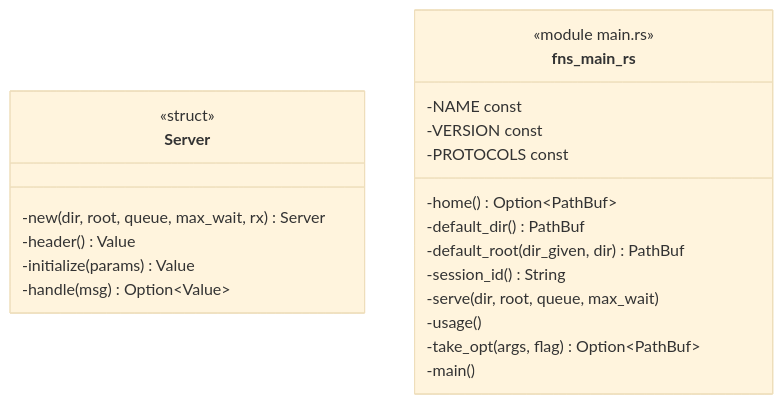
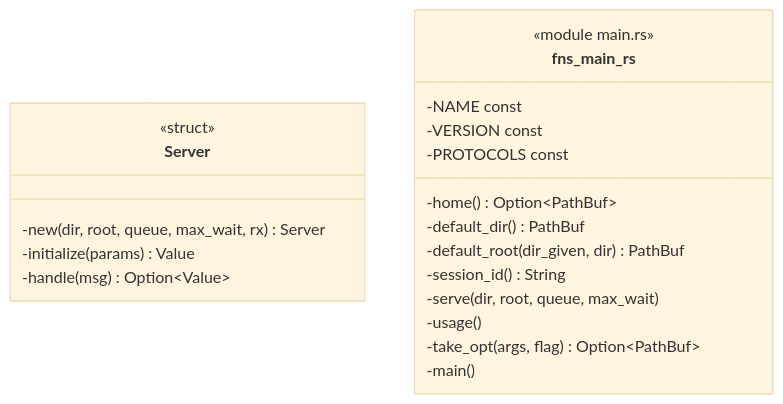
Before and after one commit to p-j-r/nyx: the diagram in docs/architecture/c4/4-code/mcp/protocol.md, drawn with Mermaid (base theme). The commit also changed other lines of this file and 150 other files, not shown here.

````diff
--- a/docs/architecture/c4/4-code/mcp/protocol.md
+++ b/docs/architecture/c4/4-code/mcp/protocol.md
@@ -30,24 +30,23 @@
 ```mermaid
 classDiagram
   class Server {
       <<struct>>
       -new(dir, root, queue, max_wait, rx) Server
-      -header() Value
       -initialize(params) Value
       -handle(msg) Option~Value~
   }
   class fns_main_rs {
       <<module main.rs>>
       -home() Option~PathBuf~
       -default_dir() PathBuf
       -default_root(dir_given, dir) PathBuf
       -session_id() String
       -serve(dir, root, queue, max_wait)
       -usage()
       -take_opt(args, flag) Option~PathBuf~
       -main()
       -NAME const
       -VERSION const
       -PROTOCOLS const
   }
 ```
````
